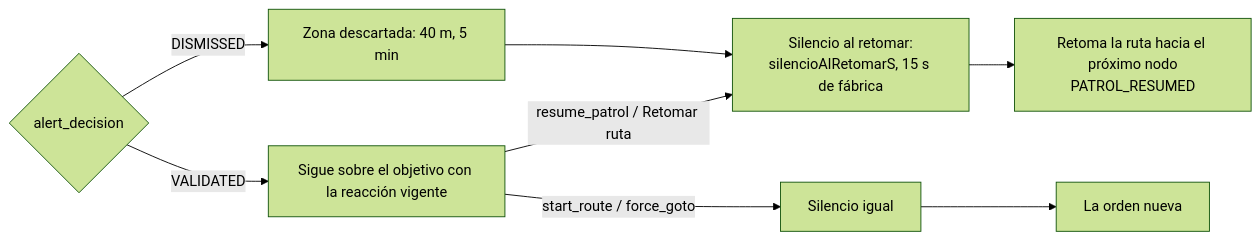
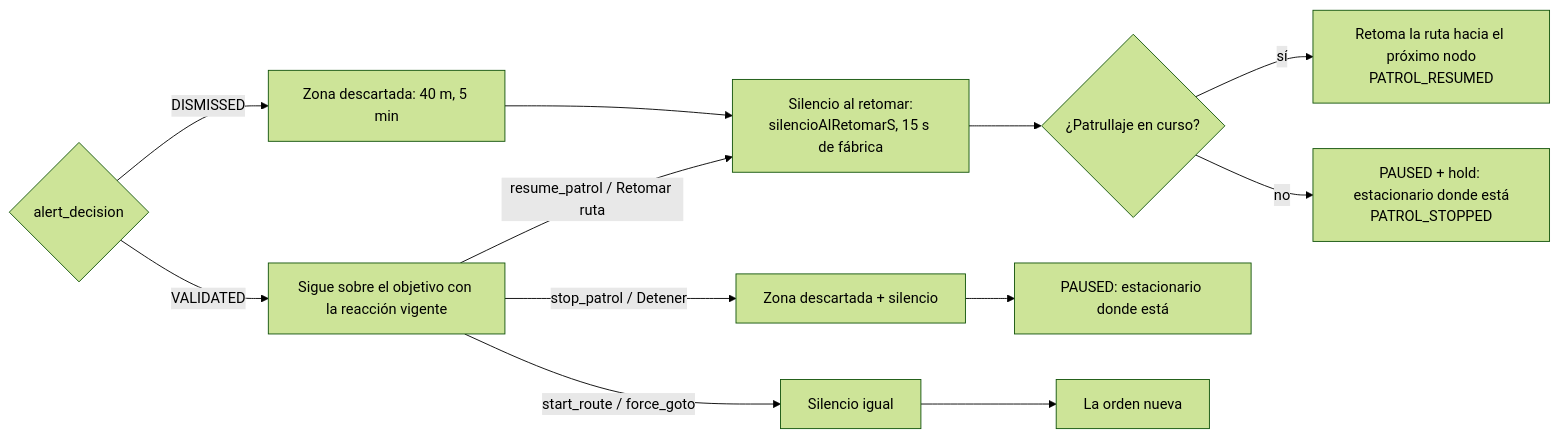
One commit to NikolasBerntsen/Tesis changed the third of 5 diagrams in docs/VUELO.md. Above: the diagram before and after it, drawn with Mermaid (forest theme). The commit also changed other lines of this file and 4 other files, not shown here.

````diff
--- a/docs/VUELO.md
+++ b/docs/VUELO.md
@@ -200,7 +218,10 @@
 ```mermaid
 flowchart LR
-    DEC{alert_decision} -- DISMISSED --> Z[Zona descartada: 40 m, 5 min] --> SIL[Silencio al retomar:<br/>silencioAlRetomarS, 15 s de fábrica] --> RP[Retoma la ruta hacia el próximo nodo<br/>PATROL_RESUMED]
+    DEC{alert_decision} -- DISMISSED --> Z[Zona descartada: 40 m, 5 min] --> SIL[Silencio al retomar:<br/>silencioAlRetomarS, 15 s de fábrica] --> HAY{¿Patrullaje en curso?}
+    HAY -- sí --> RP[Retoma la ruta hacia el próximo nodo<br/>PATROL_RESUMED]
+    HAY -- no --> PA[PAUSED + hold: estacionario donde está<br/>PATROL_STOPPED]
     DEC -- VALIDATED --> Q[Sigue sobre el objetivo con la reacción vigente]
     Q -- resume_patrol / Retomar ruta --> SIL
+    Q -- stop_patrol / Detener --> Z2[Zona descartada + silencio] --> PA2[PAUSED: estacionario donde está]
     Q -- start_route / force_goto --> SIL2[Silencio igual] --> OT[La orden nueva]
 ```
````
